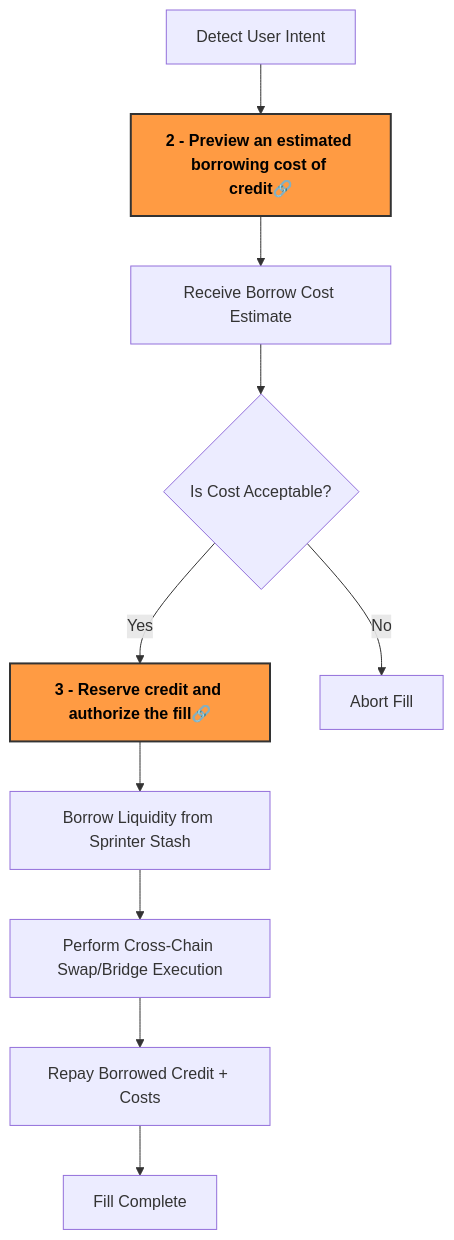
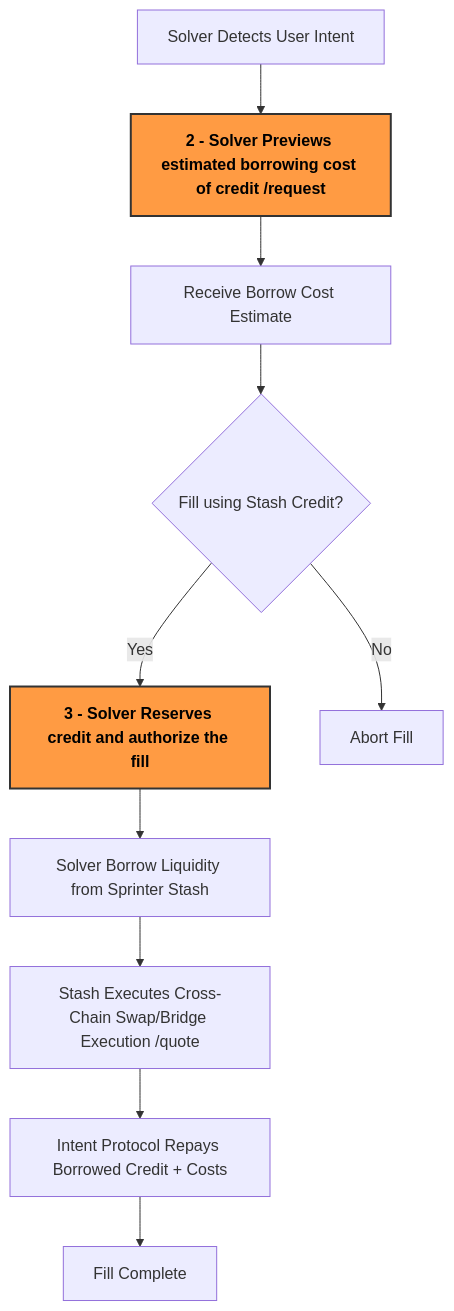
The diagram in docs/docs/02-Stash/01-utilizing-stash.md (sprintertech/sprinter-sdk), drawn with Mermaid before and after one commit. The commit also changed other lines of this file and 12 other files, not shown here.

````diff
--- a/docs/docs/02-Stash/01-utilizing-stash.md
+++ b/docs/docs/02-Stash/01-utilizing-stash.md
@@ -26,19 +26,19 @@
 ```mermaid
 flowchart TD
-  A[Detect User Intent] --> B[2 - Preview an estimated borrowing cost of credit🔗]
+  A[Solver Detects User Intent] --> B[2 - Solver Previews estimated borrowing cost of credit /request]
   B --> C[Receive Borrow Cost Estimate]
-  C --> D{Is Cost Acceptable?}
-  D -- Yes --> E[3 - Reserve credit and authorize the fill🔗]
+  C --> D{Fill using Stash Credit?}
+  D -- Yes --> E[3 - Solver Reserves credit and authorize the fill]
   D -- No --> F[Abort Fill]
-  E --> G[Borrow Liquidity from Sprinter Stash]
-  G --> H[Perform Cross-Chain Swap/Bridge Execution]
-  H --> I[Repay Borrowed Credit + Costs]
+  E --> G[Solver Borrow Liquidity from Sprinter Stash]
+  G --> H[Stash Executes Cross-Chain Swap/Bridge Execution /quote]
+  H --> I[Intent Protocol Repays Borrowed Credit + Costs]
   I --> J[Fill Complete]
 
 click B "use-stash#2-request-a-borrow-cost-estimate-optional" "Borrow Cost"
 style B fill:#FF9B43,stroke:#333,stroke-width:2px,color:#000,font-weight:bold
 
 click E "use-stash#3-request-a-final-borrow-quote" "Borrow Quote"
 style E fill:#FF9B43,stroke:#333,stroke-width:2px,color:#000,font-weight:bold
 
 ```
````
